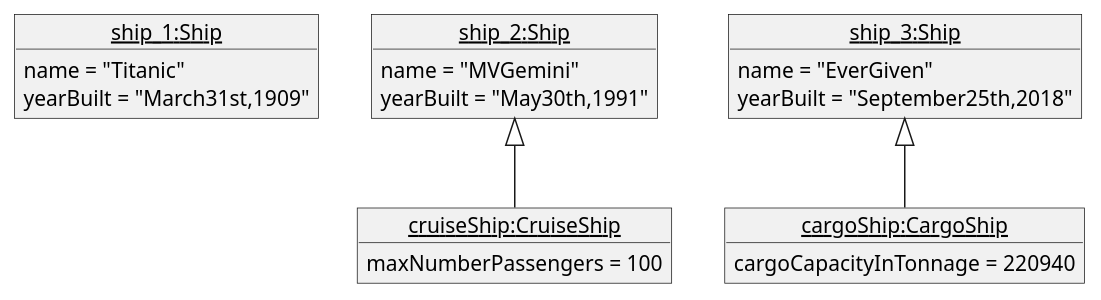
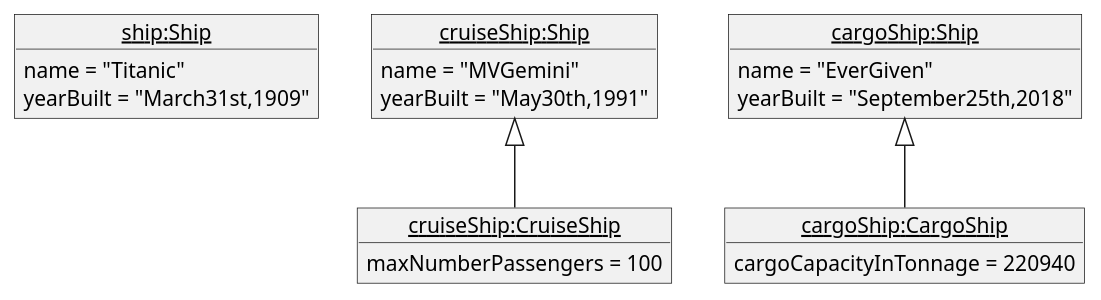
One commit to thanhdat1902/homework-2-plantuml changed the diagram in src/src/main/java/org/example/Question_2_Object_Diagram.puml. Above: the diagram before and after it, drawn with PlantUML. The commit also changed 5 other files, not shown here.

Commit message:
fix: change object diagram

```diff
--- a/src/src/main/java/org/example/Question_2_Object_Diagram.puml
+++ b/src/src/main/java/org/example/Question_2_Object_Diagram.puml
@@ -1,24 +1,24 @@
 @startuml
 'https://plantuml.com/object-diagram
-object "<u>ship_1:Ship</u>" as ship_1{
+object "<u>ship:Ship</u>" as ship_1{
 name = "Titanic"
 yearBuilt = "March31st,1909"
 }
-object "<u>ship_2:Ship</u>" as ship_2{
+object "<u>cruiseShip:Ship</u>" as ship_2{
 name = "MVGemini"
 yearBuilt = "May30th,1991"
 }
 object "<u>cruiseShip:CruiseShip</u>" as cruiseShip{
 maxNumberPassengers = 100
 }
-object "<u>ship_3:Ship</u>" as ship_3{
+object "<u>cargoShip:Ship</u>" as ship_3{
 name = "EverGiven"
 yearBuilt = "September25th,2018"
 }
 object "<u>cargoShip:CargoShip</u>" as cargoShip{
 cargoCapacityInTonnage = 220940
 }
 
 ship_2 <|-- cruiseShip
 ship_3 <|-- cargoShip
 @enduml
```
